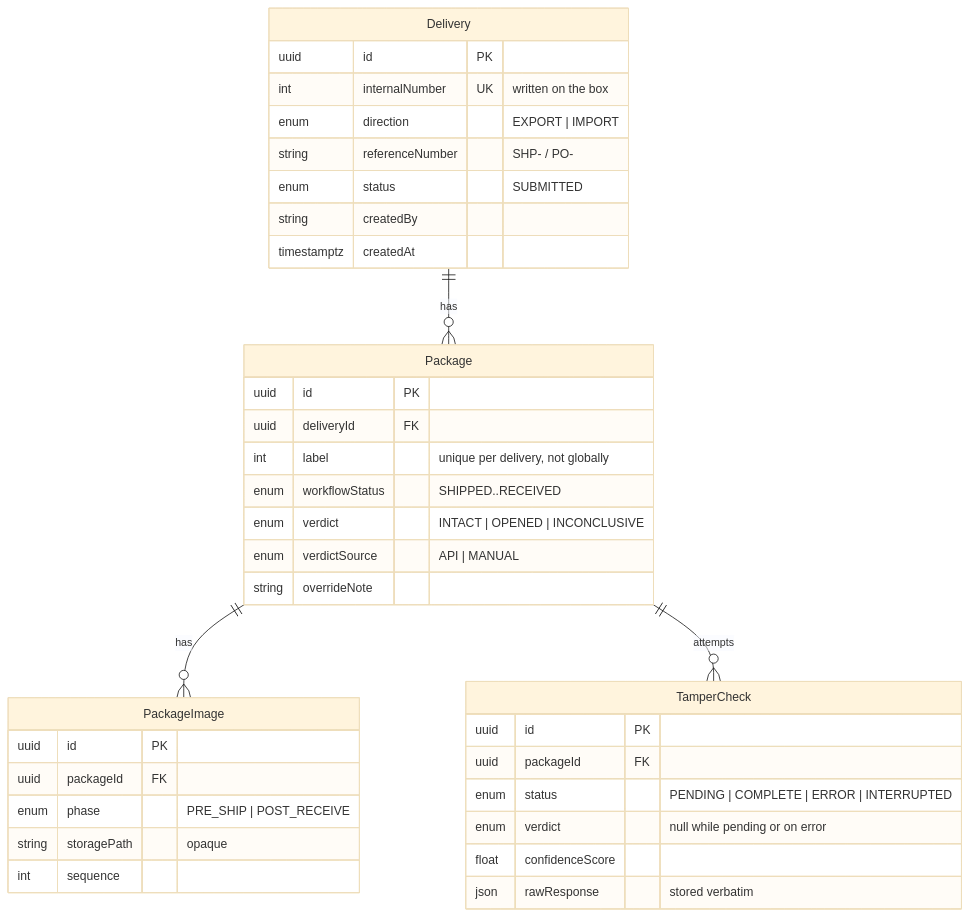
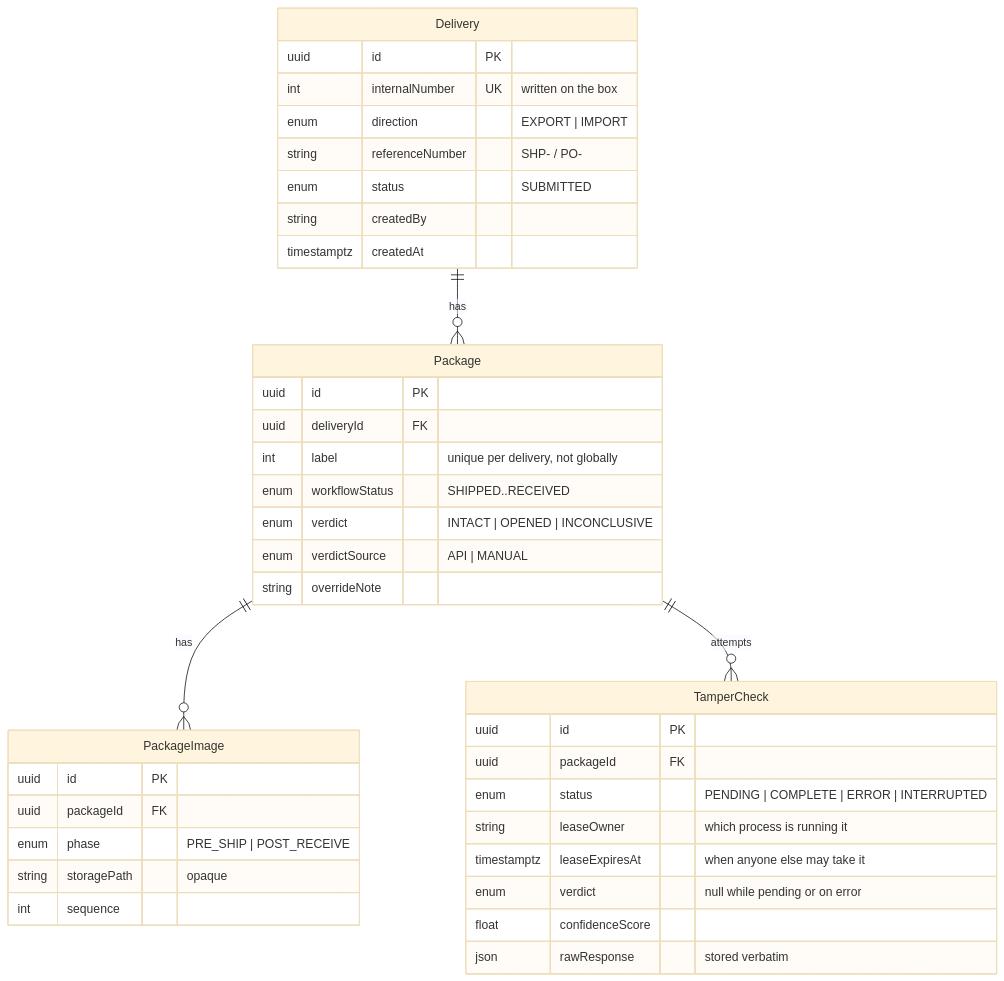
The third of 3 diagrams in docs/architecture.md (OmriGawi/package-protection), drawn with Mermaid (base theme) before and after one commit. The commit also changed other lines of this file and 12 other files, not shown here.

````diff
--- a/docs/architecture.md
+++ b/docs/architecture.md
@@ -160,40 +193,42 @@
 ```mermaid
 erDiagram
   Delivery ||--o{ Package : "has"
   Package ||--o{ PackageImage : "has"
   Package ||--o{ TamperCheck : "attempts"
 
   Delivery {
     uuid id PK
     int internalNumber UK "written on the box"
     enum direction "EXPORT | IMPORT"
     string referenceNumber "SHP- / PO-"
     enum status "SUBMITTED"
     string createdBy
     timestamptz createdAt
   }
   Package {
     uuid id PK
     uuid deliveryId FK
     int label "unique per delivery, not globally"
     enum workflowStatus "SHIPPED..RECEIVED"
     enum verdict "INTACT | OPENED | INCONCLUSIVE"
     enum verdictSource "API | MANUAL"
     string overrideNote
   }
   PackageImage {
     uuid id PK
     uuid packageId FK
     enum phase "PRE_SHIP | POST_RECEIVE"
     string storagePath "opaque"
     int sequence
   }
   TamperCheck {
     uuid id PK
     uuid packageId FK
     enum status "PENDING | COMPLETE | ERROR | INTERRUPTED"
+    string leaseOwner "which process is running it"
+    timestamptz leaseExpiresAt "when anyone else may take it"
     enum verdict "null while pending or on error"
     float confidenceScore
     json rawResponse "stored verbatim"
   }
 ```
````
